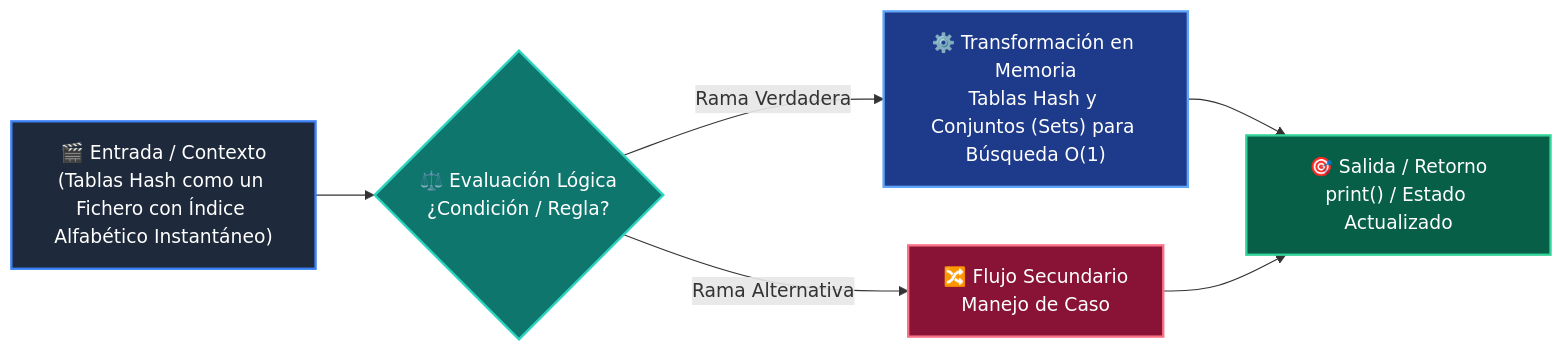
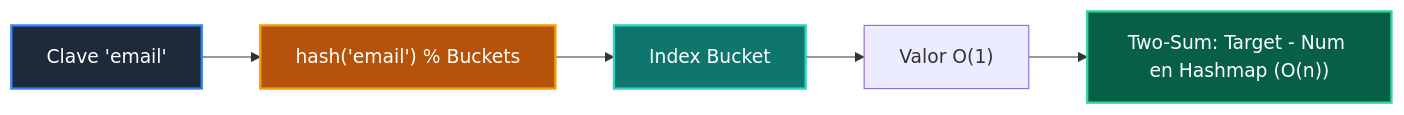
Before and after one commit to wisrovi/wisrovi-python: the diagram in 02-algoritmos-estructuras/clase-03-tablas-hash-y-sets/README.md, drawn with Mermaid. The commit also changed other lines of this file and 271 other files, not shown here.

Commit message:
docs: rewrite all README.md files with bespoke topic-specific Mermaid diagrams and remove repetitive boilerplate

````diff
--- a/02-algoritmos-estructuras/clase-03-tablas-hash-y-sets/README.md
+++ b/02-algoritmos-estructuras/clase-03-tablas-hash-y-sets/README.md
@@ -35,14 +12,12 @@
 ```mermaid
 flowchart LR
-    A["🎬 Entrada / Contexto<br/>(Tablas Hash como un Fichero con Índice Alfabético Instantáneo)"] --> B{"⚖️ Evaluación Lógica<br/>¿Condición / Regla?"}
-    B -->|Rama Verdadera| C["⚙️ Transformación en Memoria<br/>Tablas Hash y Conjuntos (Sets) para Búsqueda O(1)"]
-    B -->|Rama Alternativa| D["🔀 Flujo Secundario<br/>Manejo de Caso"]
-    C --> E["🎯 Salida / Retorno<br/>print() / Estado Actualizado"]
-    D --> E
+    K["Clave 'email'"] --> H["hash('email') % Buckets"]
+    H --> B["Index Bucket"]
+    B --> V["Valor O(1)"]
+    V --> TWOSUM["Two-Sum: Target - Num en Hashmap (O(n))"]
 
-    style A fill:#1e293b,color:#ffffff,stroke:#3b82f6,stroke-width:2px
-    style B fill:#0f766e,color:#ffffff,stroke:#2dd4bf,stroke-width:2px
-    style C fill:#1e3a8a,color:#ffffff,stroke:#60a5fa,stroke-width:2px
-    style D fill:#881337,color:#ffffff,stroke:#fb7185,stroke-width:2px
-    style E fill:#065f46,color:#ffffff,stroke:#34d399,stroke-width:2px
+    style K fill:#1e293b,color:#fff,stroke:#3b82f6,stroke-width:2px
+    style H fill:#b45309,color:#fff,stroke:#f59e0b,stroke-width:2px
+    style B fill:#0f766e,color:#fff,stroke:#2dd4bf,stroke-width:2px
+    style TWOSUM fill:#065f46,color:#fff,stroke:#34d399,stroke-width:2px
 ```
````
